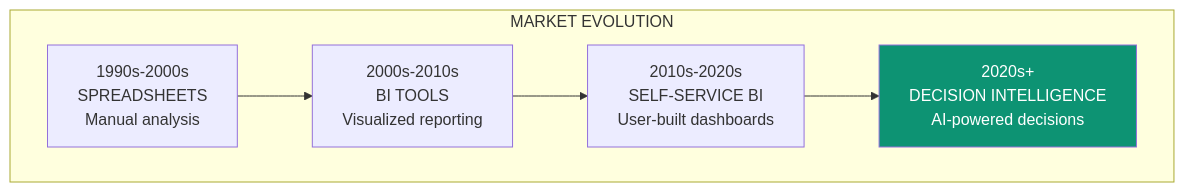
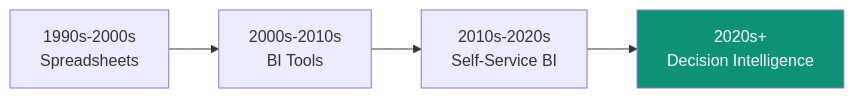
Before and after one commit to ashishsuperatom/tech-docs: the fourth of 5 diagrams in introduction/comparison.mdx, drawn with Mermaid. The commit also changed other lines of this file and 13 other files, not shown here.

First line of the commit message:
Add Superatom AI logo and fix Mermaid diagram rendering

````diff
--- a/introduction/comparison.mdx
+++ b/introduction/comparison.mdx
@@ -174,14 +157,6 @@
 ```mermaid
-flowchart TB
-    subgraph EVOLUTION["MARKET EVOLUTION"]
-        direction LR
-        E1["1990s-2000s<br>SPREADSHEETS<br>Manual analysis"]
-        E2["2000s-2010s<br>BI TOOLS<br>Visualized reporting"]
-        E3["2010s-2020s<br>SELF-SERVICE BI<br>User-built dashboards"]
-        E4["2020s+<br>DECISION INTELLIGENCE<br>AI-powered decisions"]
-    end
-
-    E1 --> E2 --> E3 --> E4
+flowchart LR
+    E1["1990s-2000s<br>Spreadsheets"] --> E2["2000s-2010s<br>BI Tools"] --> E3["2010s-2020s<br>Self-Service BI"] --> E4["2020s+<br>Decision Intelligence"]
 
     style E4 fill:#0D9373,color:#fff
 ```
````
